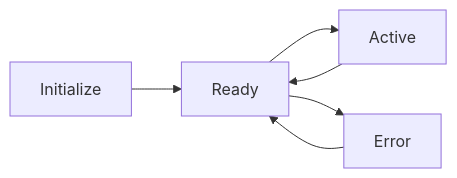
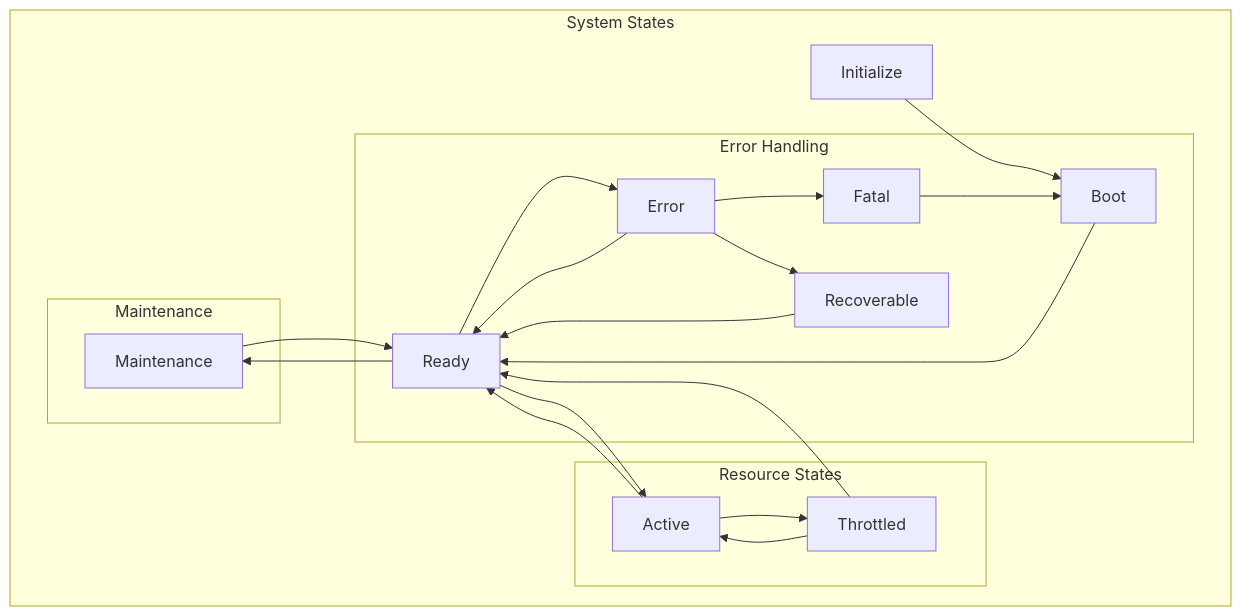
Before and after one commit to ariargenta/yashima-engine: the fifth of 8 diagrams in docs/design/technical-design.md, drawn with Mermaid.

Commit message:
perf: technical design

````diff
--- a/docs/design/technical-design.md
+++ b/docs/design/technical-design.md
@@ -904,8 +904,30 @@
 ```mermaid
-graph LR
-    A[Initialize] --> B[Ready]
-    B --> C[Active]
-    C --> B
-    B --> D[Error]
-    D --> B
+graph TD
+    subgraph "System States"
+        I[Initialize] --> B[Boot]
+        B --> R[Ready]
+        R --> A[Active]
+        A --> R
+        
+        R --> E[Error]
+        E --> R
+        
+        subgraph "Error Handling"
+            E --> F[Fatal]
+            E --> RE[Recoverable]
+            RE --> R
+            F --> B
+        end
+        
+        subgraph "Resource States"
+            A --> T[Throttled]
+            T --> A
+            T --> R
+        end
+        
+        subgraph "Maintenance"
+            R --> M[Maintenance]
+            M --> R
+        end
+    end
 ```
````
